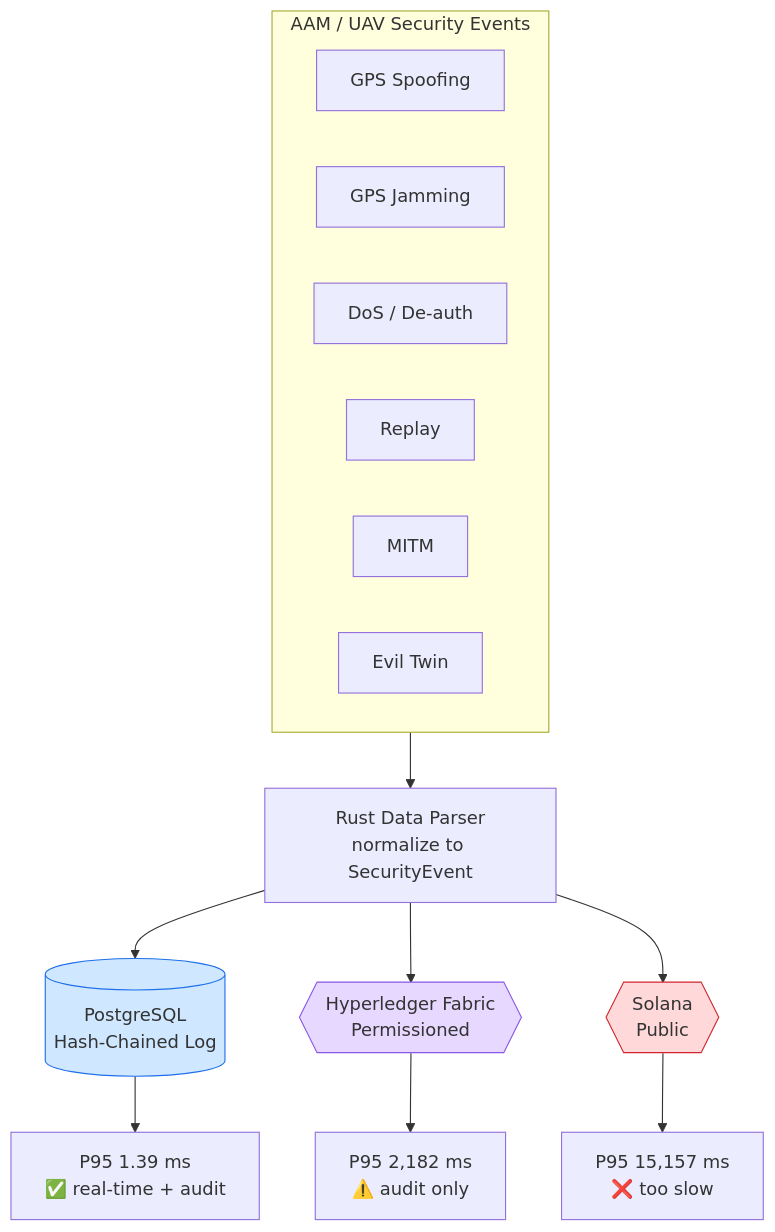
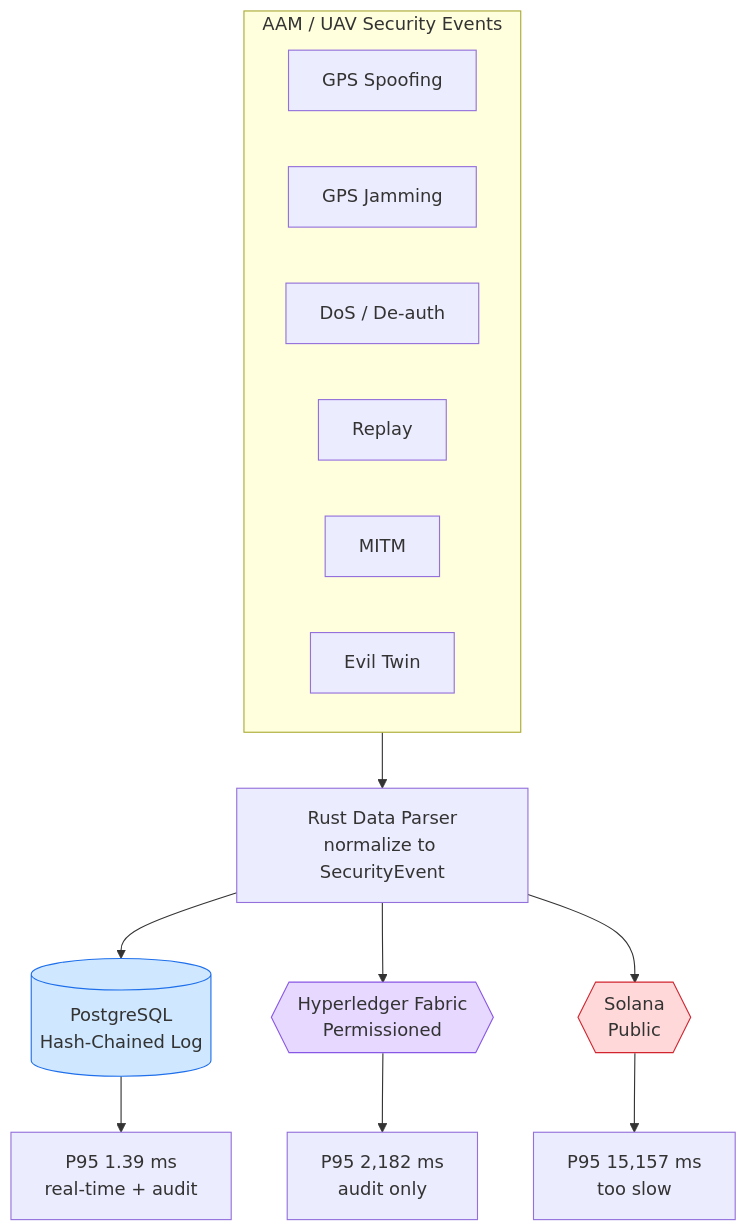
Before and after one commit to danielles0xg/blockchain_on_advanced_aerial_mobility: the first of 6 diagrams in README.md, drawn with Mermaid. The commit also changed other lines of this file, not shown here.

````diff
--- a/README.md
+++ b/README.md
@@ -25,26 +25,26 @@
 ```mermaid
 flowchart TB
     subgraph SRC["AAM / UAV Security Events"]
         direction LR
         E1["GPS Spoofing"]
         E2["GPS Jamming"]
         E3["DoS / De-auth"]
         E4["Replay"]
         E5["MITM"]
         E6["Evil Twin"]
     end
 
     SRC --> PARSER["Rust Data Parser<br/>normalize to SecurityEvent"]
 
     PARSER --> PG[("PostgreSQL<br/>Hash-Chained Log")]
     PARSER --> HLF{{"Hyperledger Fabric<br/>Permissioned"}}
     PARSER --> SOL{{"Solana<br/>Public"}}
 
-    PG -->  R1["P95 1.39 ms<br/>✅ real-time + audit"]
-    HLF --> R2["P95 2,182 ms<br/>⚠️ audit only"]
-    SOL --> R3["P95 15,157 ms<br/>❌ too slow"]
+    PG -->  R1["P95 1.39 ms<br/>real-time + audit"]
+    HLF --> R2["P95 2,182 ms<br/>audit only"]
+    SOL --> R3["P95 15,157 ms<br/>too slow"]
 
     style PG fill:#cfe8ff,stroke:#1f6feb
     style HLF fill:#e7d8ff,stroke:#8957e5
     style SOL fill:#ffd9d9,stroke:#d1242f
 ```
````
